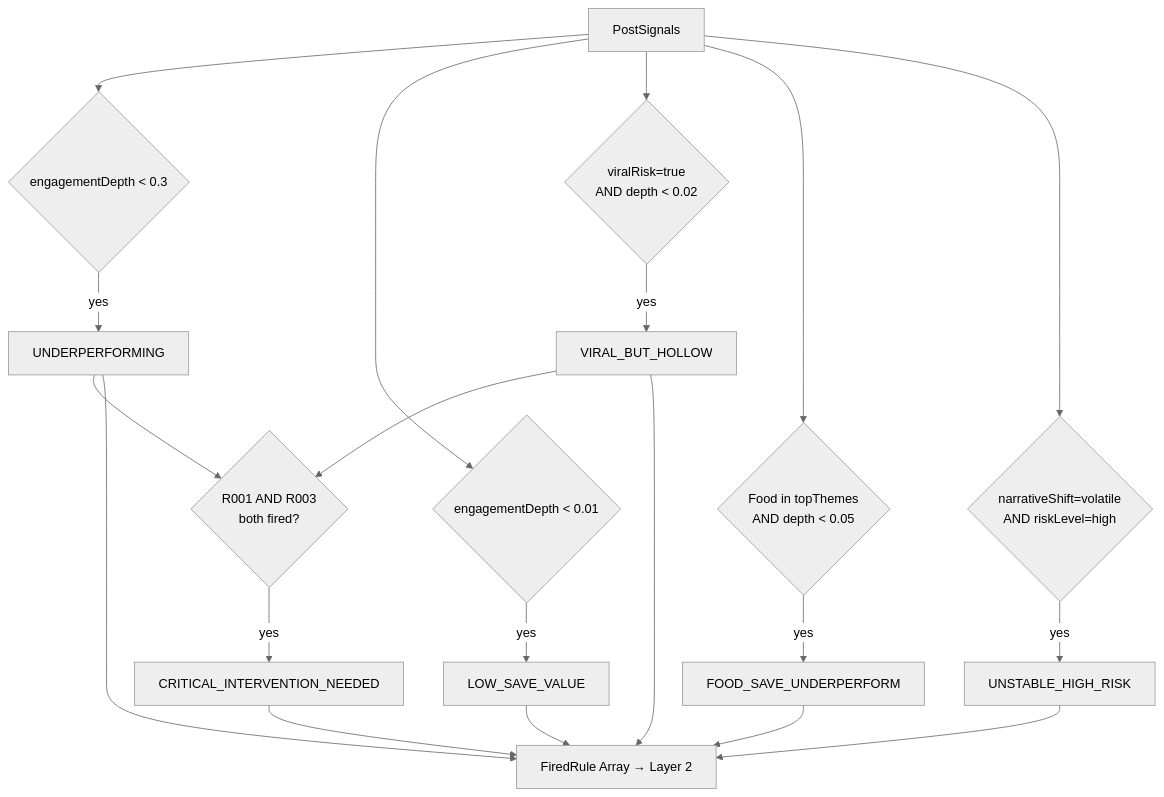
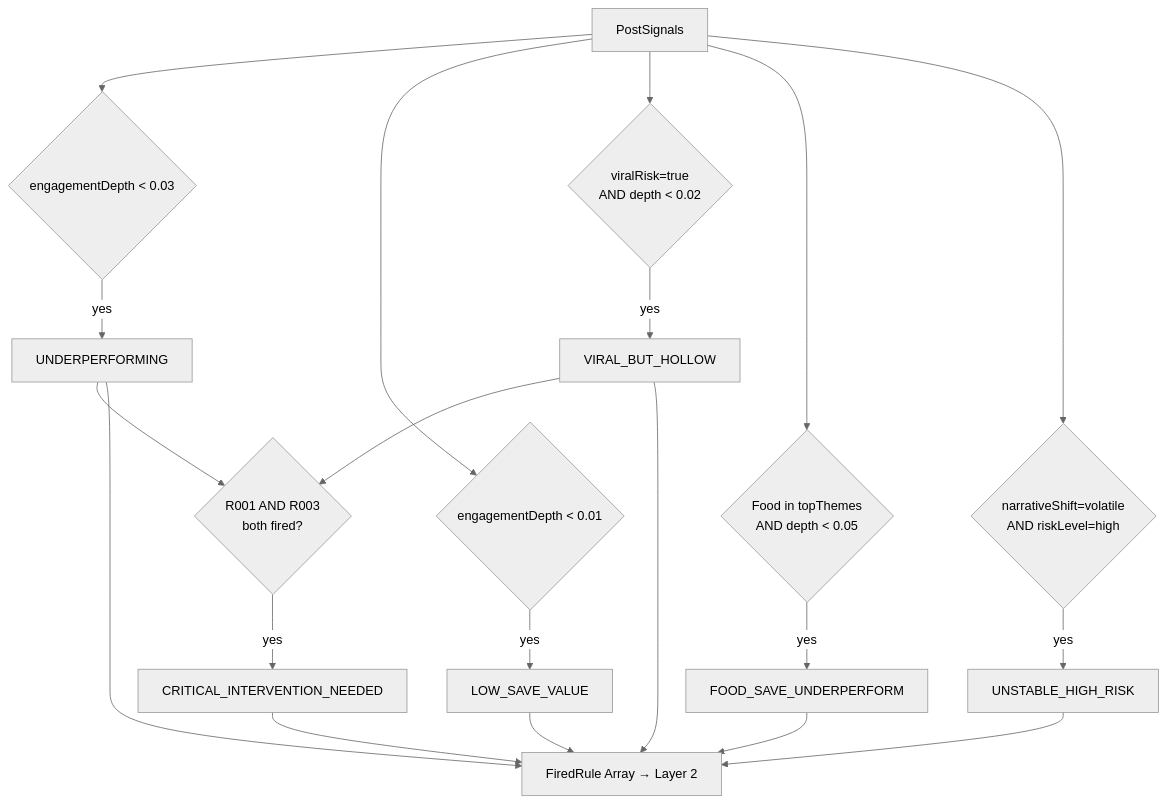
The fifth of 6 diagrams in docs/ai-module.md (toastygoat1/social-manager-app), drawn with Mermaid (neutral theme) before and after one commit. The commit also changed other lines of this file and 2 other files, not shown here.

Commit message:
fix(ai): update R001 threshold from 0.3 to 0.03 to match raw saves/reach ratio
rules.ts: R001 now fires when engagementDepth < 0.03 (below-average saves/reach
for the portfolio), consistent with the corrected Layer 2 benchmark thresholds.
The old 0.3 threshold assumed a normalized 0–1 score, which is wrong —
engagementDepth is a raw decimal (e.g. 0.008 = 0.8%).

rules.spec.ts: updated R001 fire/no-fire/properties tests to use 0.02/0.03
boundary values matching the new threshold.

docs: updated R001 row and expert rules flowchart to show < 0.03.

````diff
--- a/docs/ai-module.md
+++ b/docs/ai-module.md
@@ -531,26 +531,26 @@
 ```mermaid
 flowchart TD
     IN[PostSignals] --> R001
     IN --> R002
     IN --> R003
     IN --> R004
     IN --> R005
 
-    R001{engagementDepth < 0.3}
+    R001{engagementDepth < 0.03}
     R002{engagementDepth < 0.01}
     R003{viralRisk=true\nAND depth < 0.02}
     R004{Food in topThemes\nAND depth < 0.05}
     R005{narrativeShift=volatile\nAND riskLevel=high}
 
     R001 -->|yes| C1[UNDERPERFORMING]
     R002 -->|yes| C2[LOW_SAVE_VALUE]
     R003 -->|yes| C3[VIRAL_BUT_HOLLOW]
     R004 -->|yes| C4[FOOD_SAVE_UNDERPERFORM]
     R005 -->|yes| C5[UNSTABLE_HIGH_RISK]
 
     C1 --> CHAIN{R001 AND R003\nboth fired?}
     C3 --> CHAIN
     CHAIN -->|yes| C6[CRITICAL_INTERVENTION_NEEDED]
 
     C1 & C2 & C3 & C4 & C5 & C6 --> OUT[FiredRule Array → Layer 2]
 ```
````
